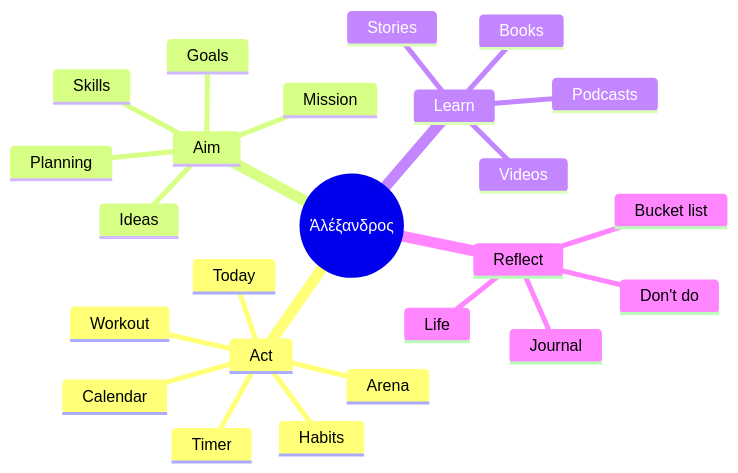
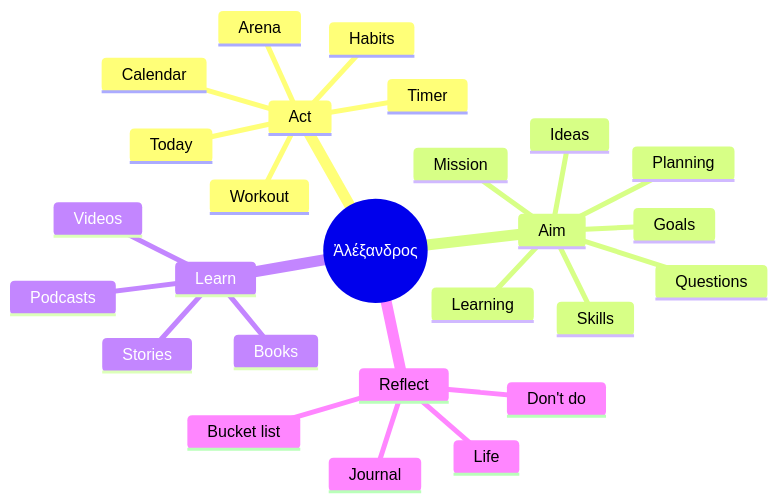
One commit to Happysingh1062003/alexender changed the first of 13 diagrams in README.md. Above: the diagram before and after it, drawn with Mermaid. The commit also changed other lines of this file and 18 other files, not shown here.

First line of the commit message:
Questions, Learning, a stopwatch timer, and an animated ASCII statue

````diff
--- a/README.md
+++ b/README.md
@@ -75,27 +75,29 @@
 ```mermaid
 mindmap
   root((Ἀλέξανδρος))
     Act
       Today
       Habits
       Workout
       Timer
       Calendar
       Arena
     Aim
       Mission
       Goals
       Skills
+      Learning
+      Questions
       Planning
       Ideas
     Learn
       Books
       Videos
       Podcasts
       Stories
     Reflect
       Journal
       Life
       Bucket list
       Don't do
 ```
````
